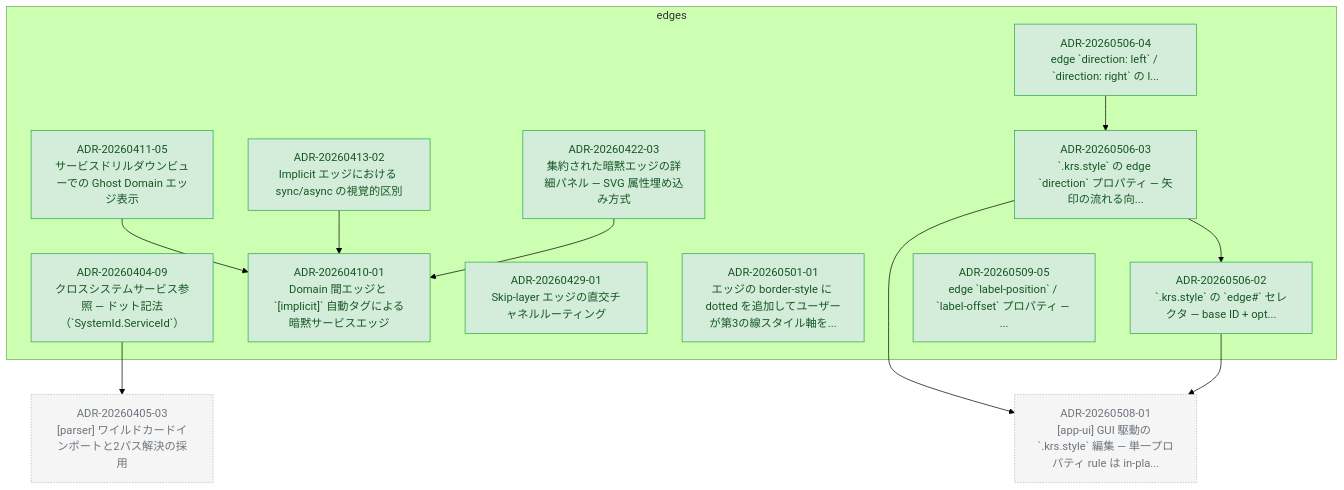
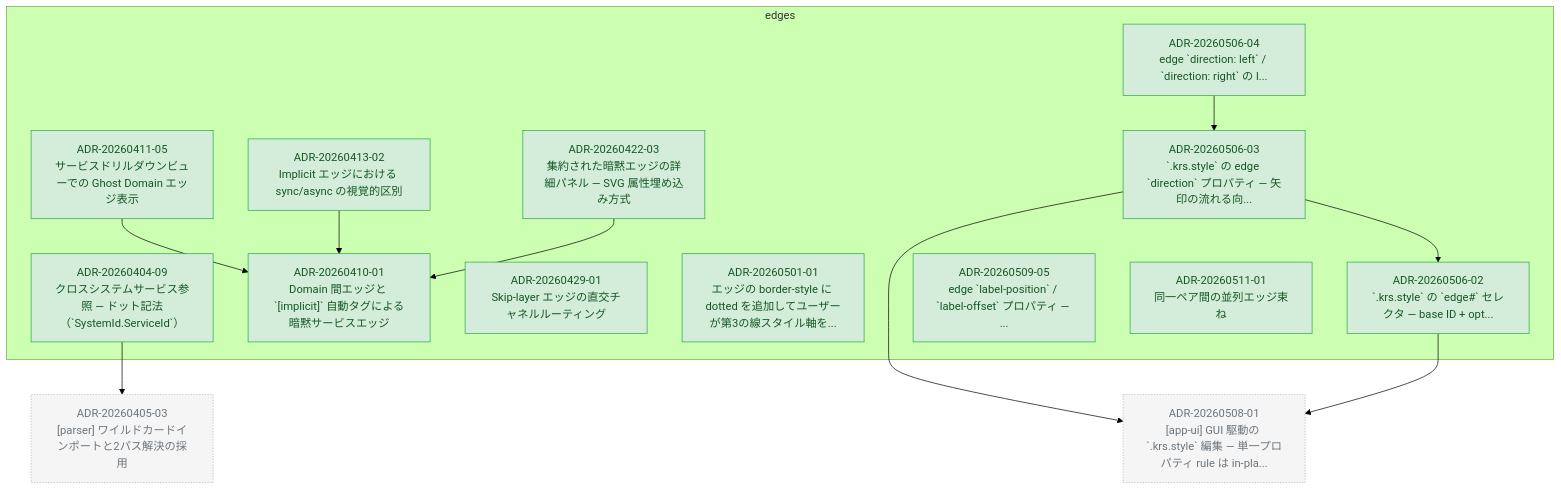
The diagram in docs/adr/graph/edges.md (kompiro/karasu), drawn with Mermaid (forest theme) before and after one commit. The commit also changed other lines of this file and 4 other files, not shown here.

````diff
--- a/docs/adr/graph/edges.md
+++ b/docs/adr/graph/edges.md
@@ -6,46 +6,48 @@
 ```mermaid
 flowchart TD
   subgraph edges["edges"]
     ADR_20260404_09["ADR-20260404-09<br/>クロスシステムサービス参照 — ドット記法（`SystemId.ServiceId`）"]
     ADR_20260410_01["ADR-20260410-01<br/>Domain 間エッジと `[implicit]` 自動タグによる暗黙サービスエッジ"]
     ADR_20260411_05["ADR-20260411-05<br/>サービスドリルダウンビューでの Ghost Domain エッジ表示"]
     ADR_20260413_02["ADR-20260413-02<br/>Implicit エッジにおける sync/async の視覚的区別"]
     ADR_20260422_03["ADR-20260422-03<br/>集約された暗黙エッジの詳細パネル — SVG 属性埋め込み方式"]
     ADR_20260429_01["ADR-20260429-01<br/>Skip-layer エッジの直交チャネルルーティング"]
     ADR_20260501_01["ADR-20260501-01<br/>エッジの border-style に dotted を追加してユーザーが第3の線スタイル軸を..."]
     ADR_20260506_02["ADR-20260506-02<br/>`.krs.style` の `edge#<id>` セレクタ — base ID + opt..."]
     ADR_20260506_03["ADR-20260506-03<br/>`.krs.style` の edge `direction` プロパティ — 矢印の流れる向..."]
     ADR_20260506_04["ADR-20260506-04<br/>edge `direction: left` / `direction: right` の l..."]
     ADR_20260509_05["ADR-20260509-05<br/>edge `label-position` / `label-offset` プロパティ — ..."]
+    ADR_20260511_01["ADR-20260511-01<br/>同一ペア間の並列エッジ束ね"]
   end
   ADR_20260405_03["ADR-20260405-03<br/>[parser] ワイルドカードインポートと2パス解決の採用"]
   ADR_20260508_01["ADR-20260508-01<br/>[app-ui] GUI 駆動の `.krs.style` 編集 — 単一プロパティ rule は in-pla..."]
   ADR_20260404_09 --> ADR_20260405_03
   ADR_20260411_05 --> ADR_20260410_01
   ADR_20260413_02 --> ADR_20260410_01
   ADR_20260422_03 --> ADR_20260410_01
   ADR_20260506_02 --> ADR_20260508_01
   ADR_20260506_03 --> ADR_20260508_01
   ADR_20260506_03 --> ADR_20260506_02
   ADR_20260506_04 --> ADR_20260506_03
 
   classDef accepted fill:#d4edda,stroke:#28a745,color:#155724
   classDef proposed fill:#fff3cd,stroke:#ffc107,color:#856404
   classDef deprecated fill:#f8d7da,stroke:#dc3545,color:#721c24
   classDef superseded fill:#e2e3e5,stroke:#6c757d,color:#383d41
   classDef not_adopted fill:#e2e3e5,stroke:#6c757d,color:#383d41,stroke-dasharray:3 3
   classDef ghost fill:#f5f5f5,stroke:#adb5bd,color:#6c757d,stroke-dasharray:2 2
   class ADR_20260404_09 accepted
   class ADR_20260410_01 accepted
   class ADR_20260411_05 accepted
   class ADR_20260413_02 accepted
   class ADR_20260422_03 accepted
   class ADR_20260429_01 accepted
   class ADR_20260501_01 accepted
   class ADR_20260506_02 accepted
   class ADR_20260506_03 accepted
   class ADR_20260506_04 accepted
   class ADR_20260509_05 accepted
+  class ADR_20260511_01 accepted
   class ADR_20260405_03 ghost
   class ADR_20260508_01 ghost
 ```
````
